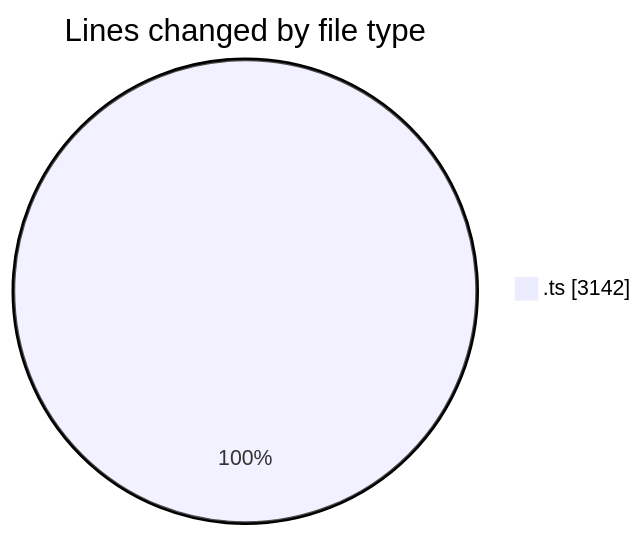
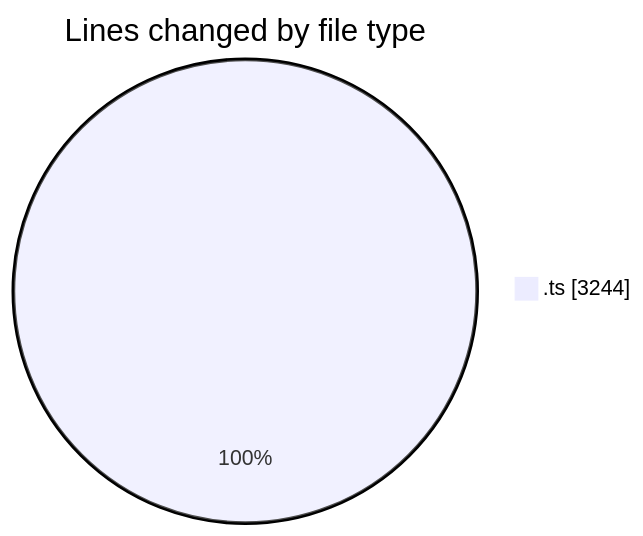
One commit to momahboobian/code-tracking changed the first of 2 diagrams in 2025-06-27/cda/README.md. Above: the diagram before and after it, drawn with Mermaid. The commit also changed other lines of this file and 1 other file, not shown here.

````diff
--- a/2025-06-27/cda/README.md
+++ b/2025-06-27/cda/README.md
@@ -26,5 +26,5 @@
 ```mermaid
 pie showData
 title Lines changed by file type
-".ts" : 3142
+".ts" : 3244
 ```
````
